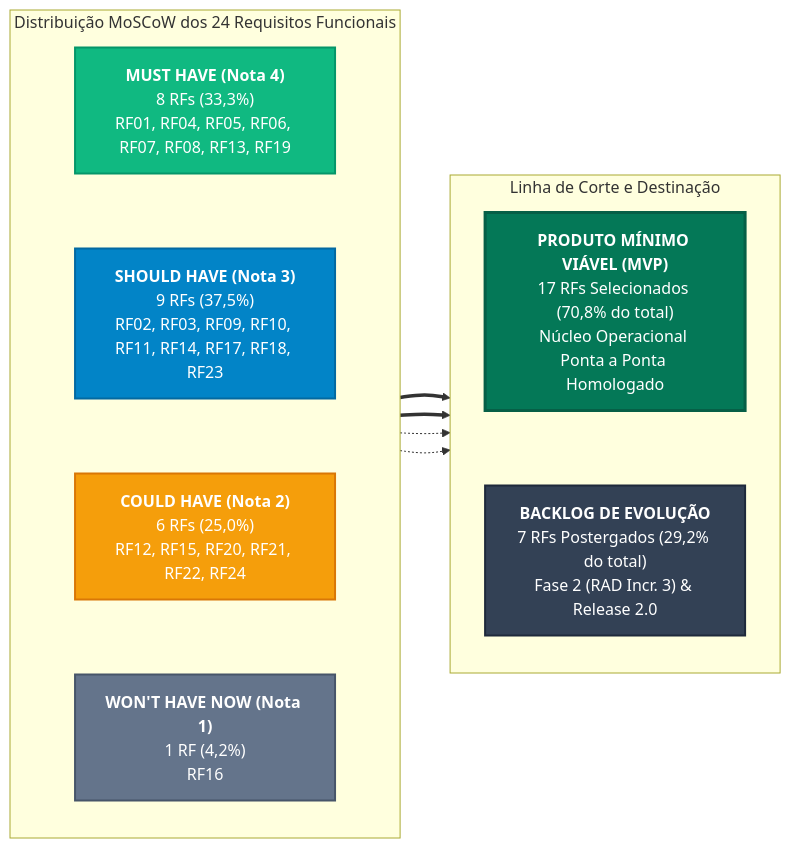
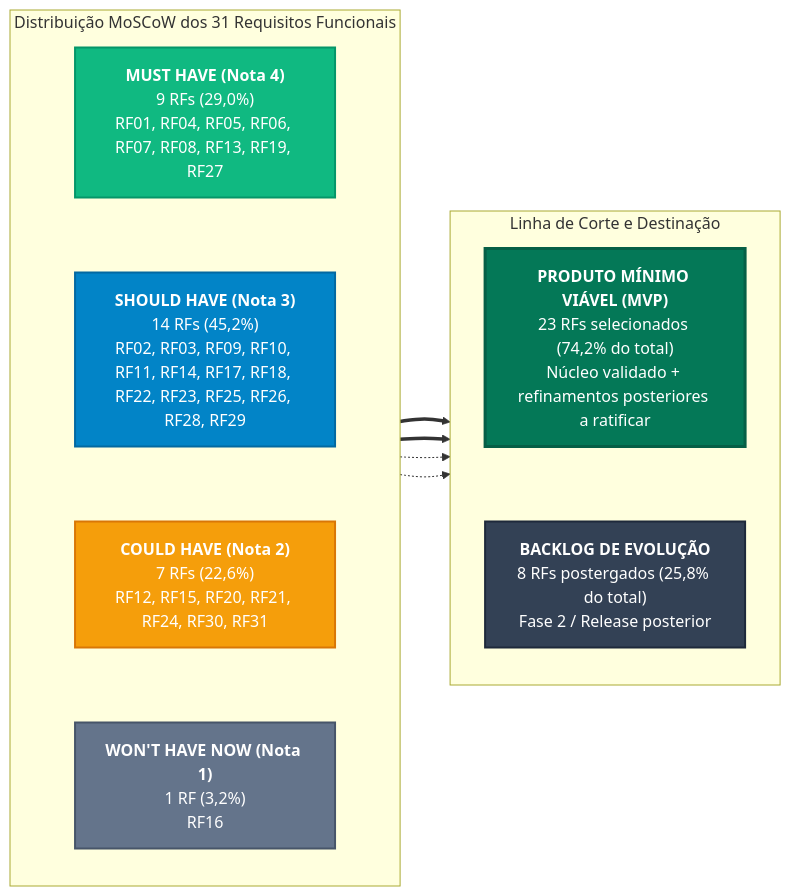
Before and after one commit to mdsreq-fga-unb/REQ-2026.2-T01-DUOC-Finance: the second of 4 diagrams in docs/requisitos/priorizacao.md, drawn with Mermaid. The commit also changed other lines of this file and 1 other file, not shown here.

Commit message:
docs: expande requisitos e sincroniza priorizacao(#96)

````diff
--- a/docs/requisitos/priorizacao.md
+++ b/docs/requisitos/priorizacao.md
@@ -90,39 +101,39 @@
 ```mermaid
 flowchart LR
-    subgraph MOSCOW["Distribuição MoSCoW dos 24 Requisitos Funcionais"]
+    subgraph MOSCOW["Distribuição MoSCoW dos 31 Requisitos Funcionais"]
         direction TB
-        M["<b>MUST HAVE (Nota 4)</b><br>8 RFs (33,3%)<br>RF01, RF04, RF05, RF06, RF07, RF08, RF13, RF19"]
-        S["<b>SHOULD HAVE (Nota 3)</b><br>9 RFs (37,5%)<br>RF02, RF03, RF09, RF10, RF11, RF14, RF17, RF18, RF23"]
-        C["<b>COULD HAVE (Nota 2)</b><br>6 RFs (25,0%)<br>RF12, RF15, RF20, RF21, RF22, RF24"]
-        W["<b>WON'T HAVE NOW (Nota 1)</b><br>1 RF (4,2%)<br>RF16"]
+        M["<b>MUST HAVE (Nota 4)</b><br>9 RFs (29,0%)<br>RF01, RF04, RF05, RF06, RF07, RF08, RF13, RF19, RF27"]
+        S["<b>SHOULD HAVE (Nota 3)</b><br>14 RFs (45,2%)<br>RF02, RF03, RF09, RF10, RF11, RF14, RF17, RF18, RF22, RF23, RF25, RF26, RF28, RF29"]
+        C["<b>COULD HAVE (Nota 2)</b><br>7 RFs (22,6%)<br>RF12, RF15, RF20, RF21, RF24, RF30, RF31"]
+        W["<b>WON'T HAVE NOW (Nota 1)</b><br>1 RF (3,2%)<br>RF16"]
         M ~~~ S
         S ~~~ C
         C ~~~ W
     end
 
     subgraph DEST["Linha de Corte e Destinação"]
         direction TB
-        MVP["<b>PRODUTO MÍNIMO VIÁVEL (MVP)</b><br>17 RFs Selecionados (70,8% do total)<br>Núcleo Operacional Ponta a Ponta Homologado"]
-        POST["<b>BACKLOG DE EVOLUÇÃO</b><br>7 RFs Postergados (29,2% do total)<br>Fase 2 (RAD Incr. 3) & Release 2.0"]
+        MVP["<b>PRODUTO MÍNIMO VIÁVEL (MVP)</b><br>23 RFs selecionados (74,2% do total)<br>Núcleo validado + refinamentos posteriores a ratificar"]
+        POST["<b>BACKLOG DE EVOLUÇÃO</b><br>8 RFs postergados (25,8% do total)<br>Fase 2 / Release posterior"]
         MVP ~~~ POST
     end
 
     M ==> MVP
     S ==> MVP
     C -.-> POST
     W -.-> POST
 
     classDef mustClass fill:#10b981,stroke:#059669,stroke-width:2px,color:#ffffff;
     classDef shouldClass fill:#0284c7,stroke:#0369a1,stroke-width:2px,color:#ffffff;
     classDef couldClass fill:#f59e0b,stroke:#d97706,stroke-width:2px,color:#ffffff;
     classDef wontClass fill:#64748b,stroke:#475569,stroke-width:2px,color:#ffffff;
     classDef mvpClass fill:#047857,stroke:#065f46,stroke-width:3px,color:#ffffff;
     classDef postClass fill:#334155,stroke:#1e293b,stroke-width:2px,color:#ffffff;
 
     class M mustClass;
     class S shouldClass;
     class C couldClass;
     class W wontClass;
     class MVP mvpClass;
     class POST postClass;
 ```
````
